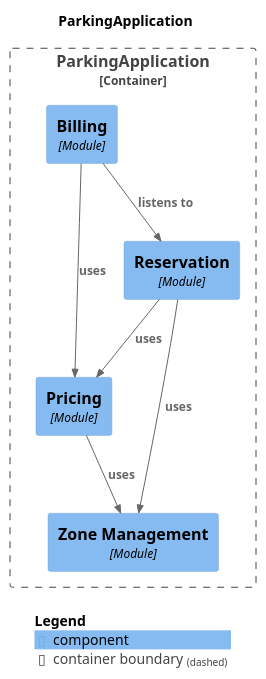
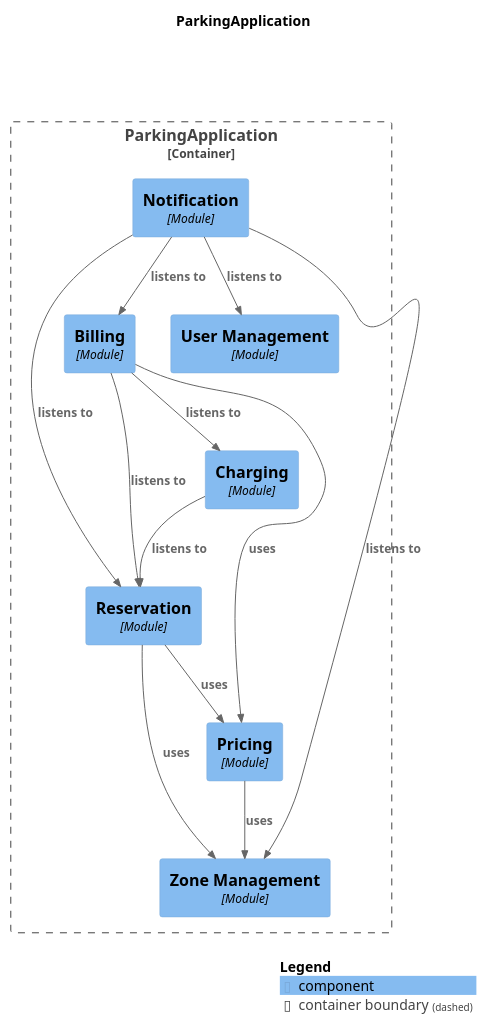
One commit to VladTZY/Erasmus-CarParking changed the diagram in target/spring-modulith-docs/components.puml. Above: the diagram before and after it, drawn with PlantUML. The commit also changed 69 other files, not shown here.

```diff
--- a/target/spring-modulith-docs/components.puml
+++ b/target/spring-modulith-docs/components.puml
@@ -1,25 +1,34 @@
 @startuml
 set separator none
 title ParkingApplication
 
 top to bottom direction
 
 !include <C4/C4>
 !include <C4/C4_Context>
 !include <C4/C4_Component>
 
 Container_Boundary("ParkingApplication.ParkingApplication_boundary", "ParkingApplication", $tags="") {
   Component(ParkingApplication.ParkingApplication.Billing, "Billing", $techn="Module", $descr="", $tags="", $link="")
+  Component(ParkingApplication.ParkingApplication.Charging, "Charging", $techn="Module", $descr="", $tags="", $link="")
+  Component(ParkingApplication.ParkingApplication.Notification, "Notification", $techn="Module", $descr="", $tags="", $link="")
   Component(ParkingApplication.ParkingApplication.Pricing, "Pricing", $techn="Module", $descr="", $tags="", $link="")
   Component(ParkingApplication.ParkingApplication.Reservation, "Reservation", $techn="Module", $descr="", $tags="", $link="")
+  Component(ParkingApplication.ParkingApplication.UserManagement, "User Management", $techn="Module", $descr="", $tags="", $link="")
   Component(ParkingApplication.ParkingApplication.ZoneManagement, "Zone Management", $techn="Module", $descr="", $tags="", $link="")
 }
 
 Rel(ParkingApplication.ParkingApplication.Reservation, ParkingApplication.ParkingApplication.ZoneManagement, "uses", $techn="", $tags="", $link="")
 Rel(ParkingApplication.ParkingApplication.Reservation, ParkingApplication.ParkingApplication.Pricing, "uses", $techn="", $tags="", $link="")
 Rel(ParkingApplication.ParkingApplication.Billing, ParkingApplication.ParkingApplication.Reservation, "listens to", $techn="", $tags="", $link="")
+Rel(ParkingApplication.ParkingApplication.Billing, ParkingApplication.ParkingApplication.Charging, "listens to", $techn="", $tags="", $link="")
 Rel(ParkingApplication.ParkingApplication.Billing, ParkingApplication.ParkingApplication.Pricing, "uses", $techn="", $tags="", $link="")
 Rel(ParkingApplication.ParkingApplication.Pricing, ParkingApplication.ParkingApplication.ZoneManagement, "uses", $techn="", $tags="", $link="")
+Rel(ParkingApplication.ParkingApplication.Charging, ParkingApplication.ParkingApplication.Reservation, "listens to", $techn="", $tags="", $link="")
+Rel(ParkingApplication.ParkingApplication.Notification, ParkingApplication.ParkingApplication.ZoneManagement, "listens to", $techn="", $tags="", $link="")
+Rel(ParkingApplication.ParkingApplication.Notification, ParkingApplication.ParkingApplication.Reservation, "listens to", $techn="", $tags="", $link="")
+Rel(ParkingApplication.ParkingApplication.Notification, ParkingApplication.ParkingApplication.Billing, "listens to", $techn="", $tags="", $link="")
+Rel(ParkingApplication.ParkingApplication.Notification, ParkingApplication.ParkingApplication.UserManagement, "listens to", $techn="", $tags="", $link="")
 
 SHOW_LEGEND(true)
 @enduml
```
